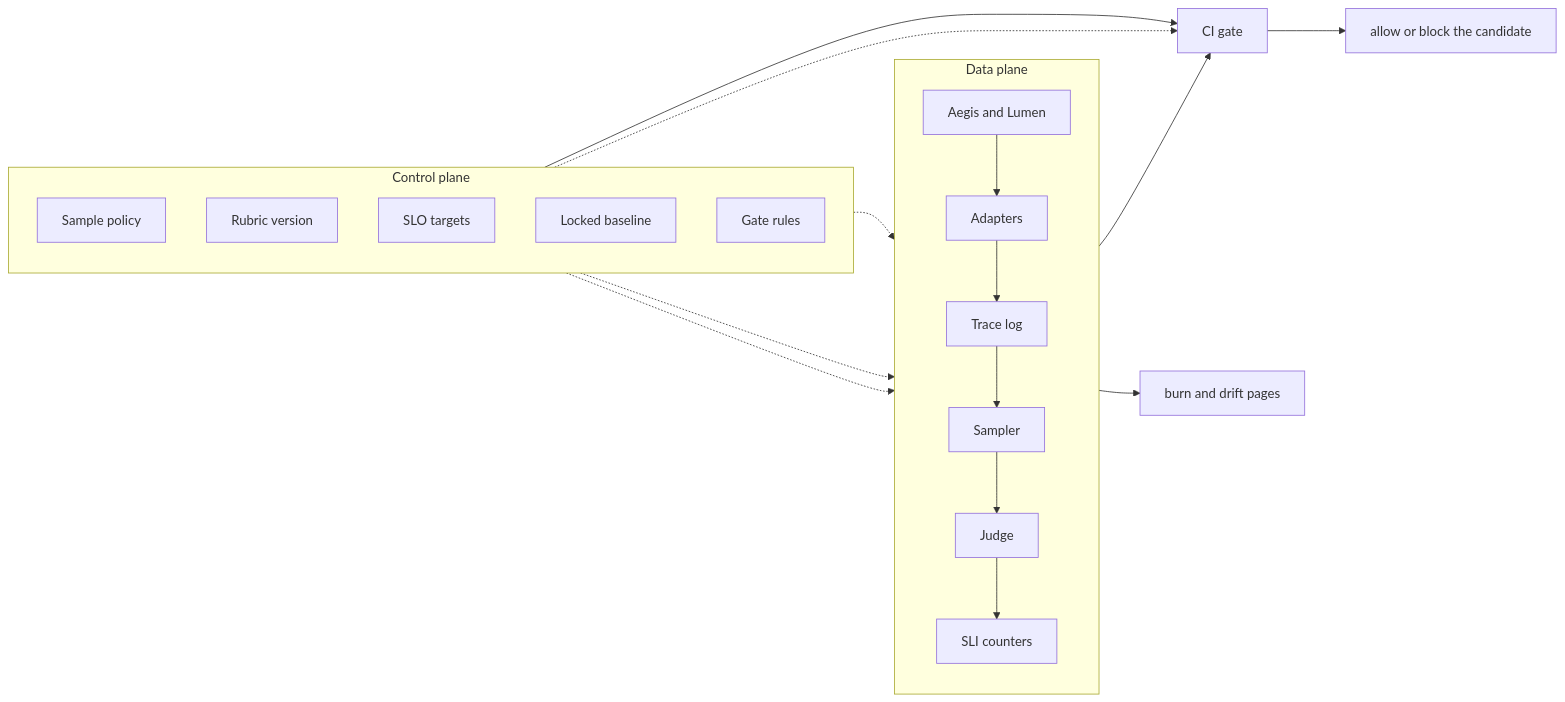
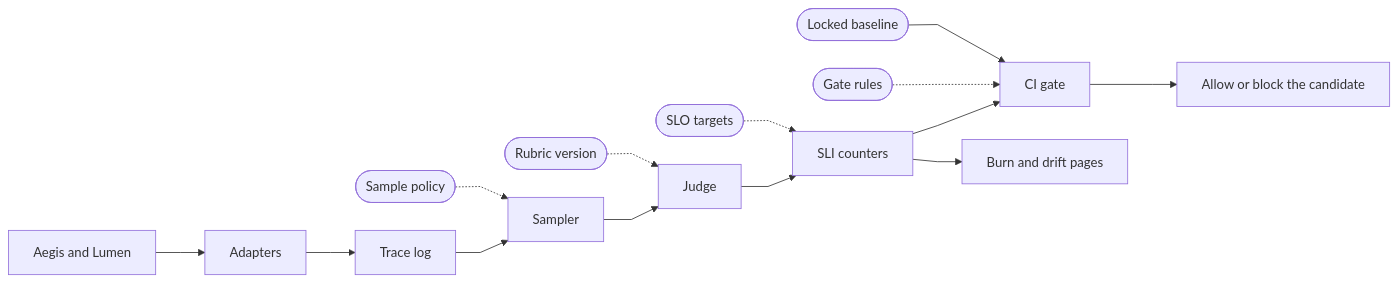
The first of 3 diagrams in lens/README.md (kumarlakshya24/enterprise-ai-platform), drawn with Mermaid before and after one commit. The commit also changed 6 other files, not shown here.

First line of the commit message:
docs: redraw seven project architecture diagrams with no crossing lines (#24)

````diff
--- a/lens/README.md
+++ b/lens/README.md
@@ -100,27 +100,17 @@
 ```mermaid
+%%{init: {"flowchart": {"curve": "linear", "nodeSpacing": 34, "rankSpacing": 60}}}%%
 flowchart LR
-  subgraph DP["Data plane"]
-    direction TB
-    Apps["Aegis and Lumen"] --> Ad["Adapters"]
-    Ad --> Log["Trace log"]
-    Log --> Sam["Sampler"]
-    Sam --> Ju["Judge"]
-    Ju --> SLI["SLI counters"]
-  end
-  subgraph CP["Control plane"]
-    direction TB
-    Rate["Sample policy"]
-    Rubric["Rubric version"]
-    Targets["SLO targets"]
-    Lock["Locked baseline"]
-    Rules["Gate rules"]
-  end
-  Rate -.-> Sam
-  Rubric -.-> Ju
-  Targets -.-> SLI
-  Lock --> Gate["CI gate"]
-  Rules -.-> Gate
-  SLI --> Gate
-  Gate --> Ship["allow or block the candidate"]
-  SLI --> Page["burn and drift pages"]
+  Rate(["Sample policy"]) -.-> Sam
+  Rubric(["Rubric version"]) -.-> Ju
+  Targets(["SLO targets"]) -.-> SLI
+  Apps["Aegis and Lumen"] --> Ad["Adapters"]
+  Ad --> Log["Trace log"]
+  Log --> Sam["Sampler"]
+  Sam --> Ju["Judge"]
+  Ju --> SLI["SLI counters"]
+  Lock(["Locked baseline"]) --> Gate
+  Rules(["Gate rules"]) -.-> Gate
+  SLI --> Gate["CI gate"]
+  SLI --> Page["Burn and drift pages"]
+  Gate --> Ship["Allow or block the candidate"]
 ```
````
